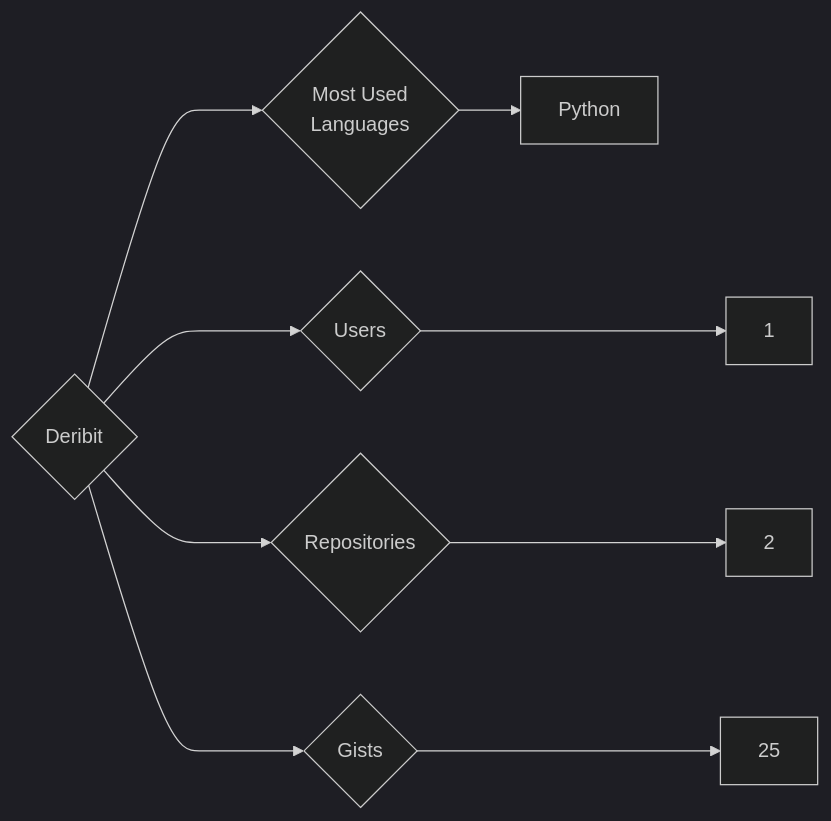
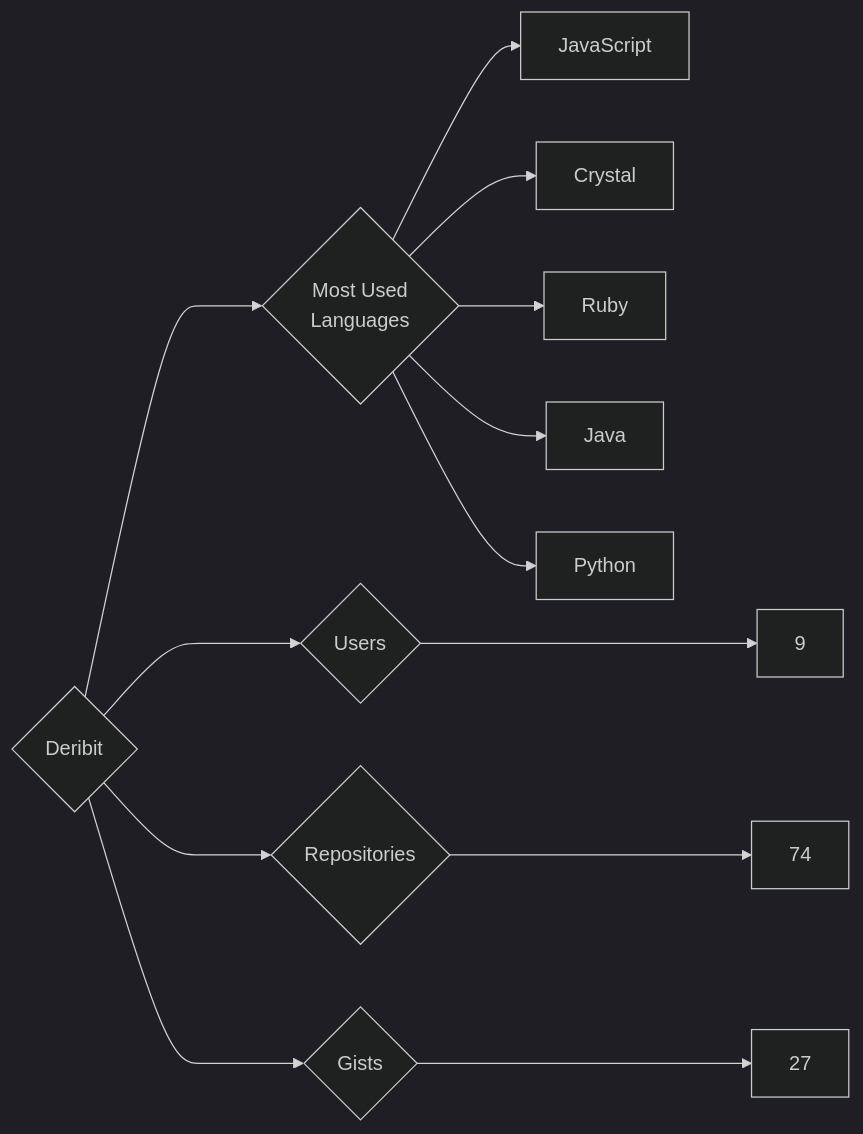
One commit to trickest/insiders changed the diagram in targets/Deribit/README.md. Above: the diagram before and after it, drawn with Mermaid (dark theme). The commit also changed 914 other files, not shown here.

````diff
--- a/targets/Deribit/README.md
+++ b/targets/Deribit/README.md
@@ -3,9 +3,13 @@
 ```mermaid
 graph LR
 COMPANY_NAME{Deribit}
-COMPANY_NAME ---> U{Users} ---> UN[1]
-COMPANY_NAME ---> R{Repositories} ---> RN[2]
-COMPANY_NAME ---> G{Gists} ---> GN[25]
+COMPANY_NAME ---> U{Users} ---> UN[9]
+COMPANY_NAME ---> R{Repositories} ---> RN[74]
+COMPANY_NAME ---> G{Gists} ---> GN[27]
 COMPANY_NAME ---> ML{Most Used<br>Languages}
+ML --> JavaScript[JavaScript]
+ML --> Crystal[Crystal]
+ML --> Ruby[Ruby]
+ML --> Java[Java]
 ML --> Python[Python]
 ```
````
